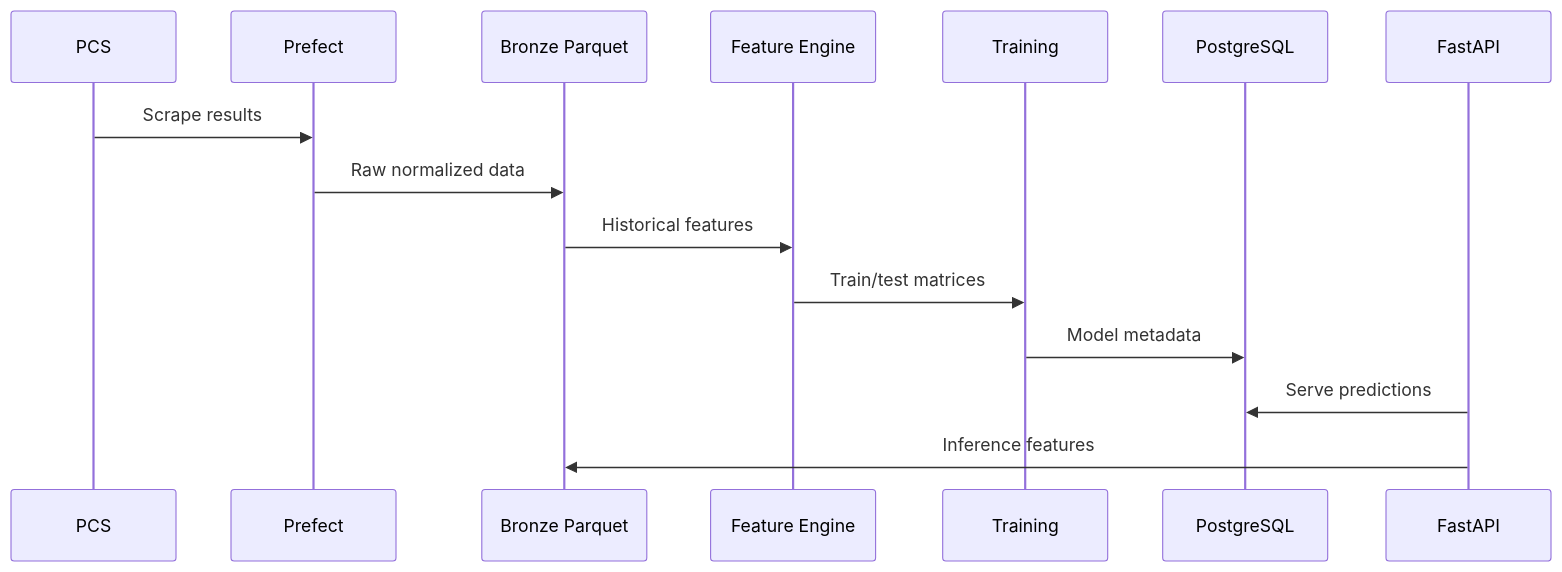
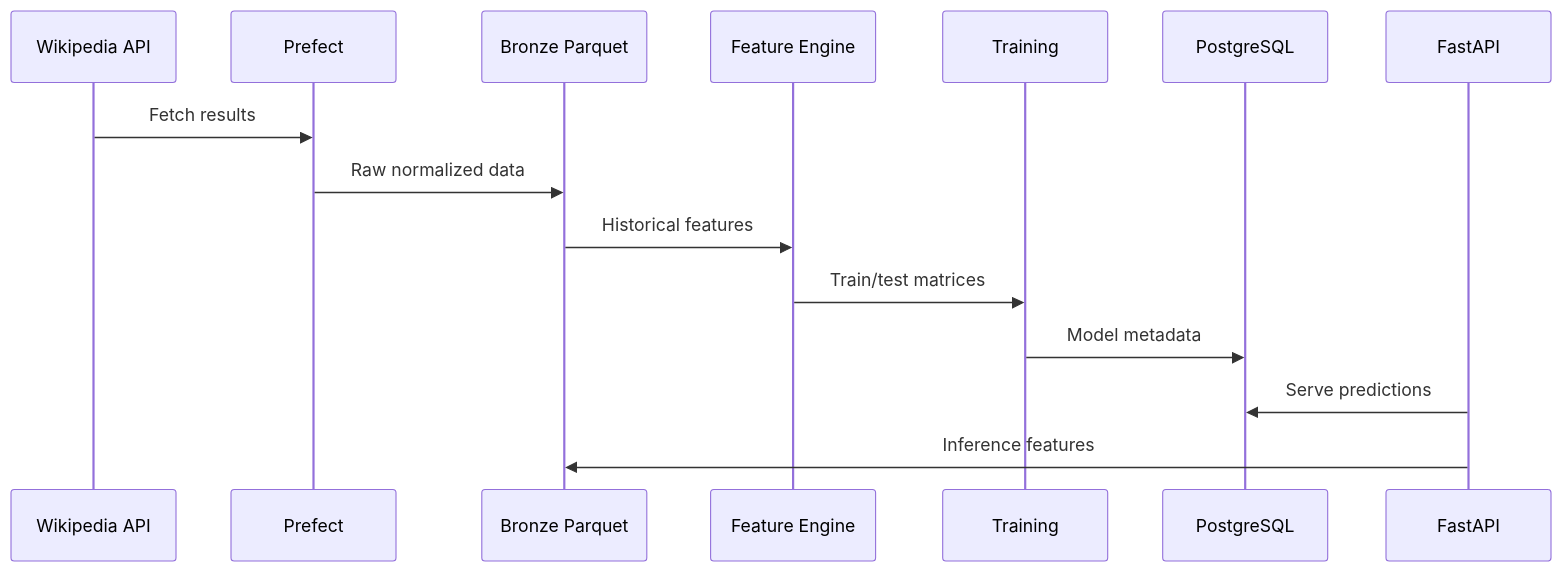
One commit to McGalagane/YellowMind changed the third of 3 diagrams in docs/architecture/overview.md. Above: the diagram before and after it, drawn with Mermaid. The commit also changed other lines of this file and 6 other files, not shown here.

````diff
--- a/docs/architecture/overview.md
+++ b/docs/architecture/overview.md
@@ -69,18 +69,18 @@
 ```mermaid
 sequenceDiagram
-    participant PCS as PCS
+    participant WIKI as Wikipedia API
     participant P as Prefect
     participant BR as Bronze Parquet
     participant FE as Feature Engine
     participant ML as Training
     participant PG as PostgreSQL
     participant API as FastAPI
 
-    PCS->>P: Scrape results
+    WIKI->>P: Fetch results
     P->>BR: Raw normalized data
     BR->>FE: Historical features
     FE->>ML: Train/test matrices
     ML->>PG: Model metadata
     API->>PG: Serve predictions
     API->>BR: Inference features
 ```
````
